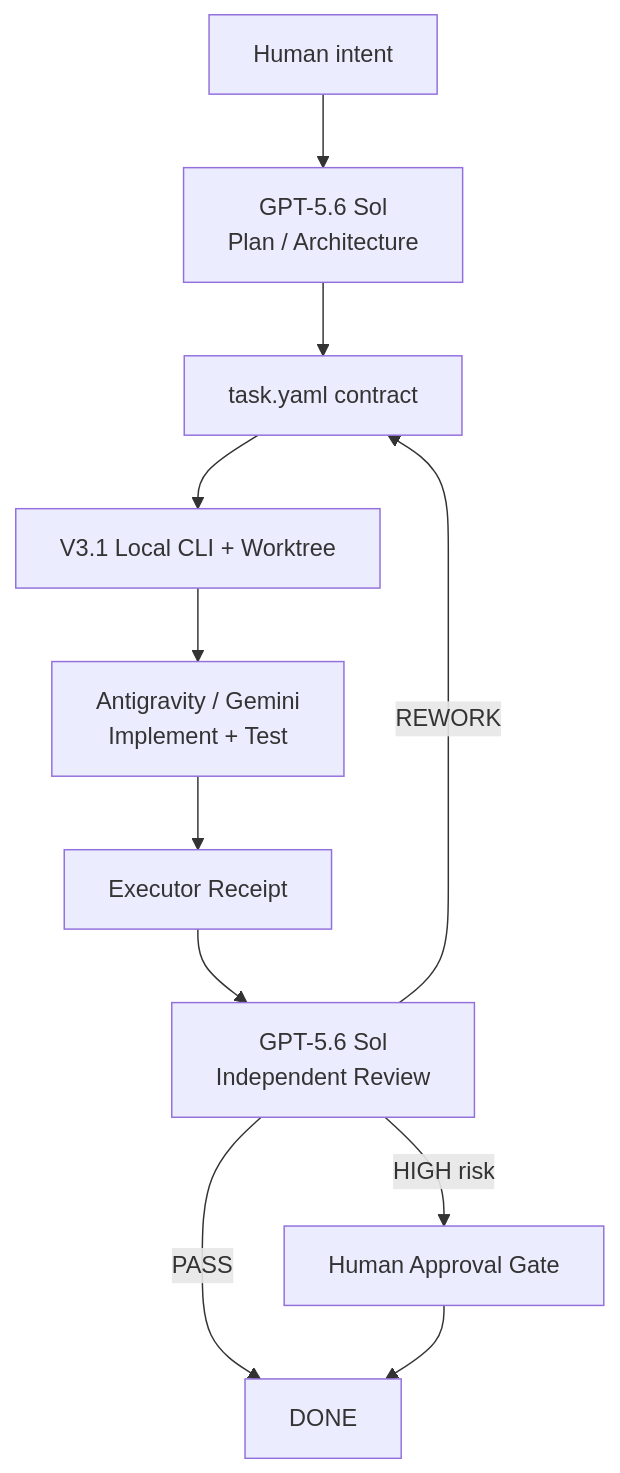
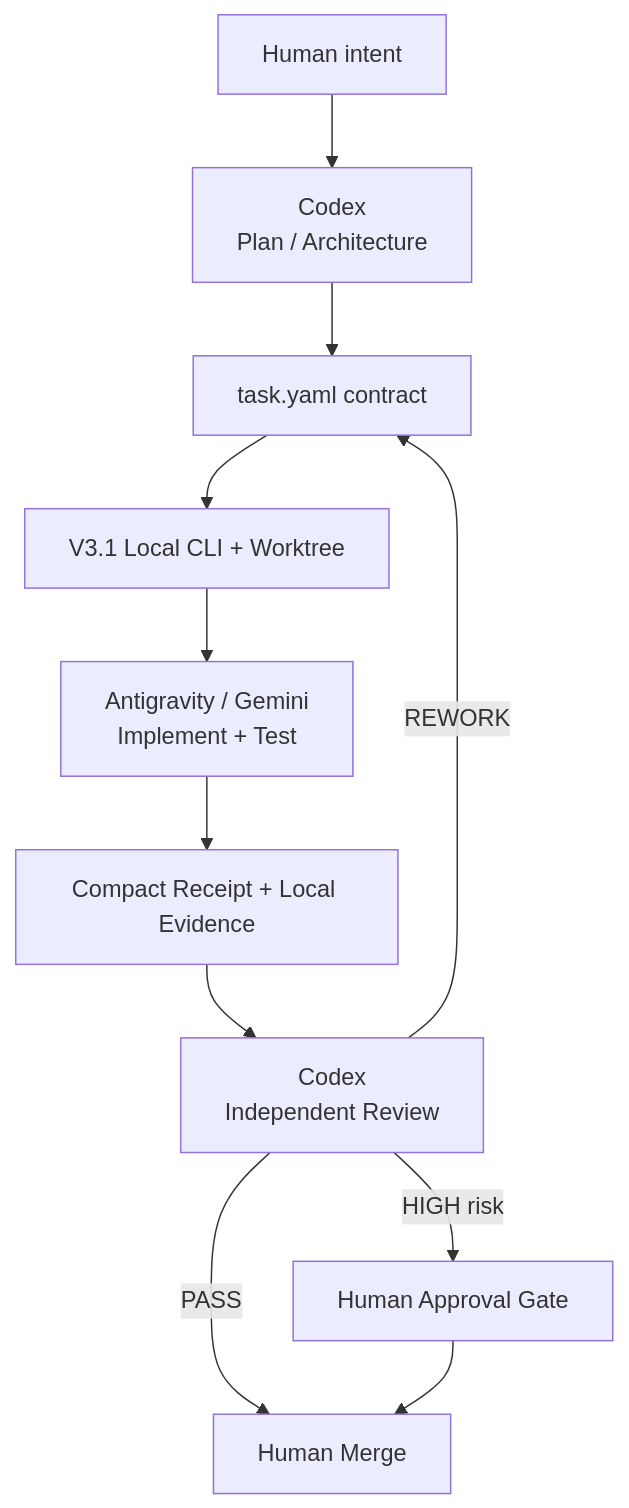
Before and after one commit to zhttttttty/gpt-antigravity-dev-control: the diagram in README.md, drawn with Mermaid. The commit also changed other lines of this file and 29 other files, not shown here.

````diff
--- a/README.md
+++ b/README.md
@@ -41,13 +36,13 @@
 ```mermaid
 flowchart TD
-    H[Human intent] --> G[GPT-5.6 Sol\nPlan / Architecture]
+    H[Human intent] --> G[Codex\nPlan / Architecture]
     G --> T[task.yaml contract]
     T --> O[V3.1 Local CLI + Worktree]
     O --> A[Antigravity / Gemini\nImplement + Test]
-    A --> E[Executor Receipt]
-    E --> R[GPT-5.6 Sol\nIndependent Review]
-    R -->|PASS| D[DONE]
+    A --> E[Compact Receipt + Local Evidence]
+    E --> R[Codex\nIndependent Review]
+    R -->|PASS| M[Human Merge]
     R -->|REWORK| T
     R -->|HIGH risk| X[Human Approval Gate]
-    X --> D
+    X --> M
 ```
````
